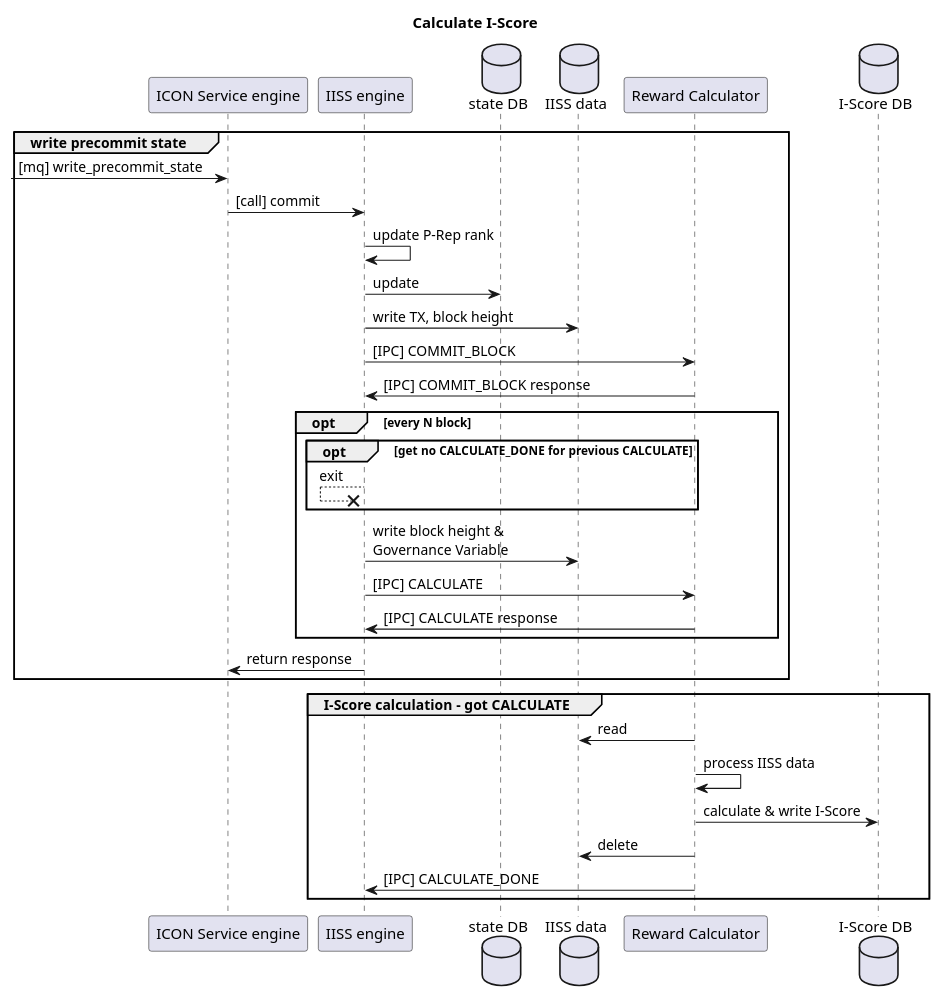
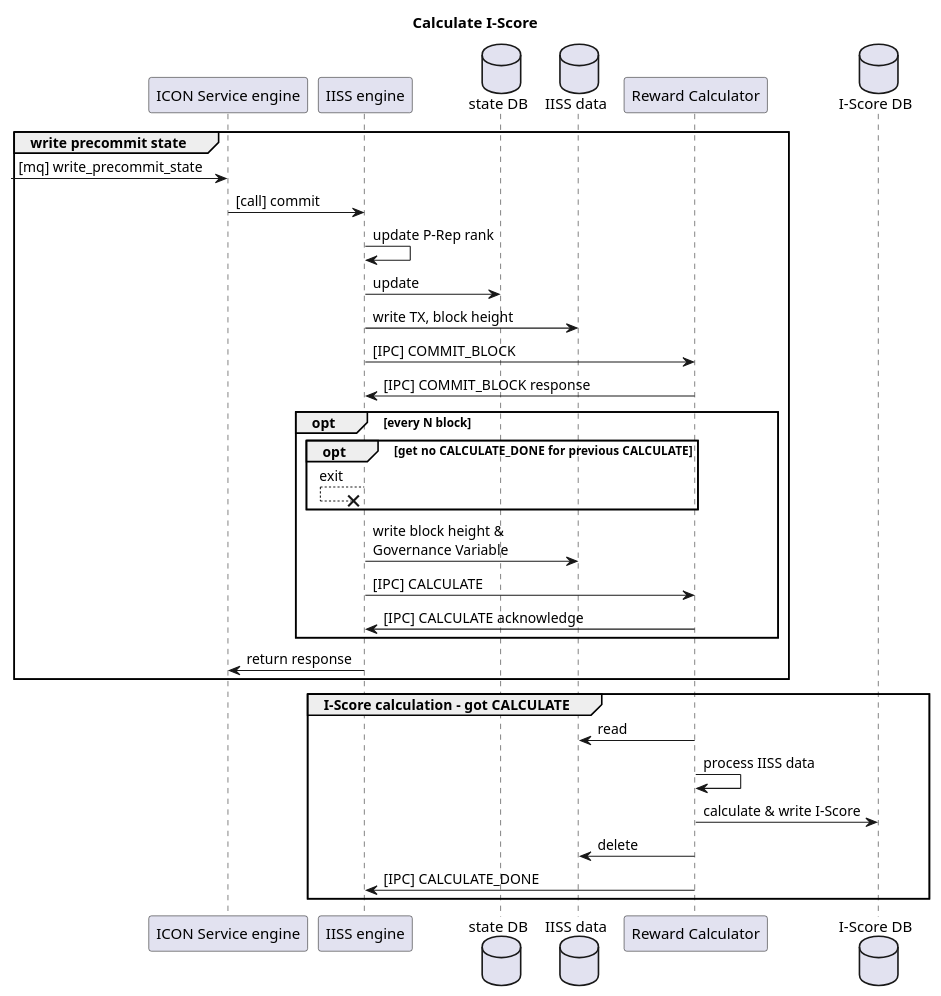
One commit to icon-project/rewardcalculator changed the diagram in docs/iiss_calculation.wsd. Above: the diagram before and after it, drawn with PlantUML. The commit also changed 5 other files, not shown here.

```diff
--- a/docs/iiss_calculation.wsd
+++ b/docs/iiss_calculation.wsd
@@ -1,45 +1,45 @@
 @startuml
 title Calculate I-Score
 
 participant "ICON Service engine" as IS
 participant "IISS engine" as IISS
 database "state DB" as SDB
 database "IISS data" as ID
 participant "Reward Calculator" as RC
 database "I-Score DB" as ISDB
 
 group write precommit state
 
 -> IS: [mq] write_precommit_state
 IS -> IISS: [call] commit
 IISS -> IISS: update P-Rep rank
 IISS -> SDB: update
 IISS -> ID: write TX, block height
 IISS -> RC: [IPC] COMMIT_BLOCK
 RC -> IISS : [IPC] COMMIT_BLOCK response
 
 opt every N block
 opt get no CALCULATE_DONE for previous CALCULATE
 IISS x<-- IISS: exit
 end
 
 IISS -> ID: write block height &\nGovernance Variable
 IISS -> RC: [IPC] CALCULATE
-RC -> IISS : [IPC] CALCULATE response
+RC -> IISS : [IPC] CALCULATE acknowledge
 end alt every N block
 
 IISS -> IS: return response
 
 end group write precommit
 
 group I-Score calculation - got CALCULATE
 
 RC -> ID: read
 RC -> RC: process IISS data
 RC -> ISDB: calculate & write I-Score
 RC -> ID: delete
 RC -> IISS: [IPC] CALCULATE_DONE
 
 end group
 
 @enduml
```
